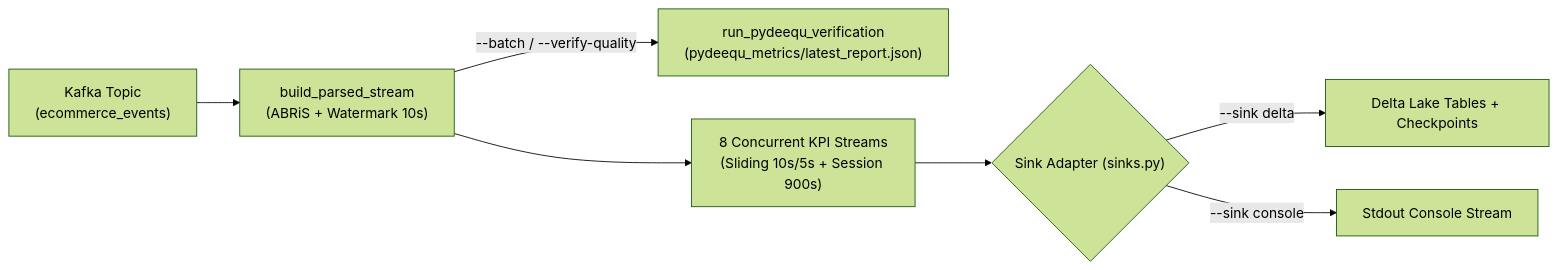
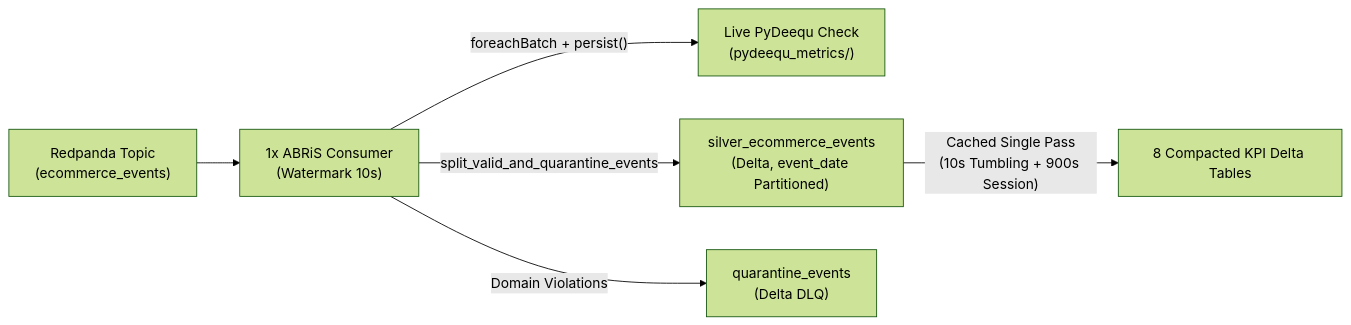
One commit to JayKay24/data-engineering changed the second of 3 diagrams in docs/wiki/Architecture-Overview.md. Above: the diagram before and after it, drawn with Mermaid (forest theme). The commit also changed other lines of this file and 77 other files, not shown here.

Commit message:
feat(ecommerce): modernize pipeline to Medallion Lakehouse with Redpanda, WAP DuckDB, SCD2, Cosmos & CI

````diff
--- a/docs/wiki/Architecture-Overview.md
+++ b/docs/wiki/Architecture-Overview.md
@@ -78,9 +85,8 @@
 ```mermaid
 flowchart LR
-  Input["Kafka Topic<br/>(ecommerce_events)"] --> Parsed["build_parsed_stream<br/>(ABRiS + Watermark 10s)"]
-  Parsed -->|"--batch / --verify-quality"| Deequ["run_pydeequ_verification<br/>(pydeequ_metrics/latest_report.json)"]
-  Parsed --> Aggs["8 Concurrent KPI Streams<br/>(Sliding 10s/5s + Session 900s)"]
-  Aggs --> Sinks{"Sink Adapter (sinks.py)"}
-  Sinks -->|"--sink delta"| Delta["Delta Lake Tables + Checkpoints"]
-  Sinks -->|"--sink console"| Console["Stdout Console Stream"]
+  Input["Redpanda Topic<br/>(ecommerce_events)"] --> Parsed["1x ABRiS Consumer<br/>(Watermark 10s)"]
+  Parsed -->|"foreachBatch + persist()"| Deequ["Live PyDeequ Check<br/>(pydeequ_metrics/)"]
+  Parsed -->|"split_valid_and_quarantine_events"| Valid["silver_ecommerce_events<br/>(Delta, event_date Partitioned)"]
+  Parsed -->|"Domain Violations"| DLQ["quarantine_events<br/>(Delta DLQ)"]
+  Valid -->|"Cached Single Pass<br/>(10s Tumbling + 900s Session)"| KPIs["8 Compacted KPI Delta Tables"]
 ```
````
